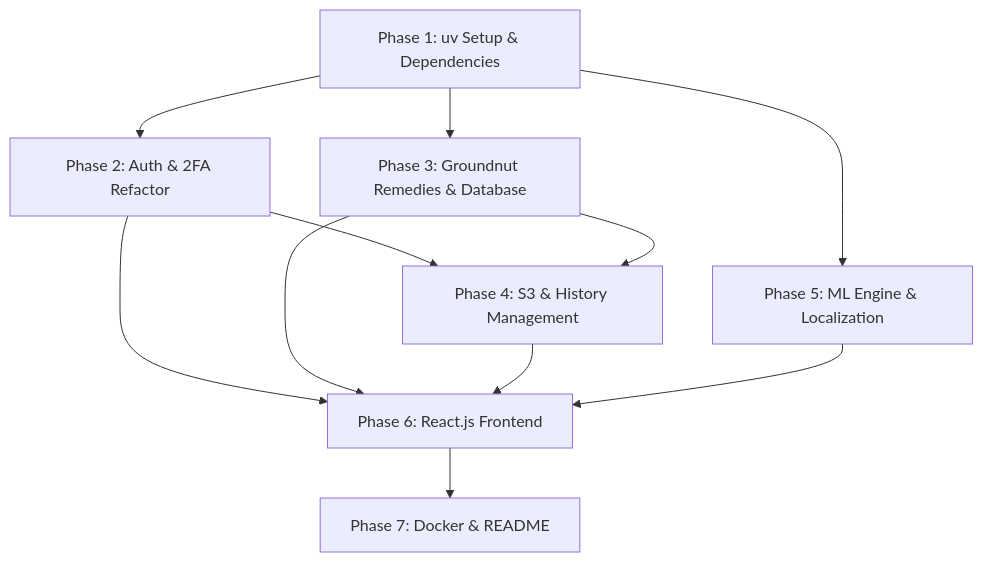
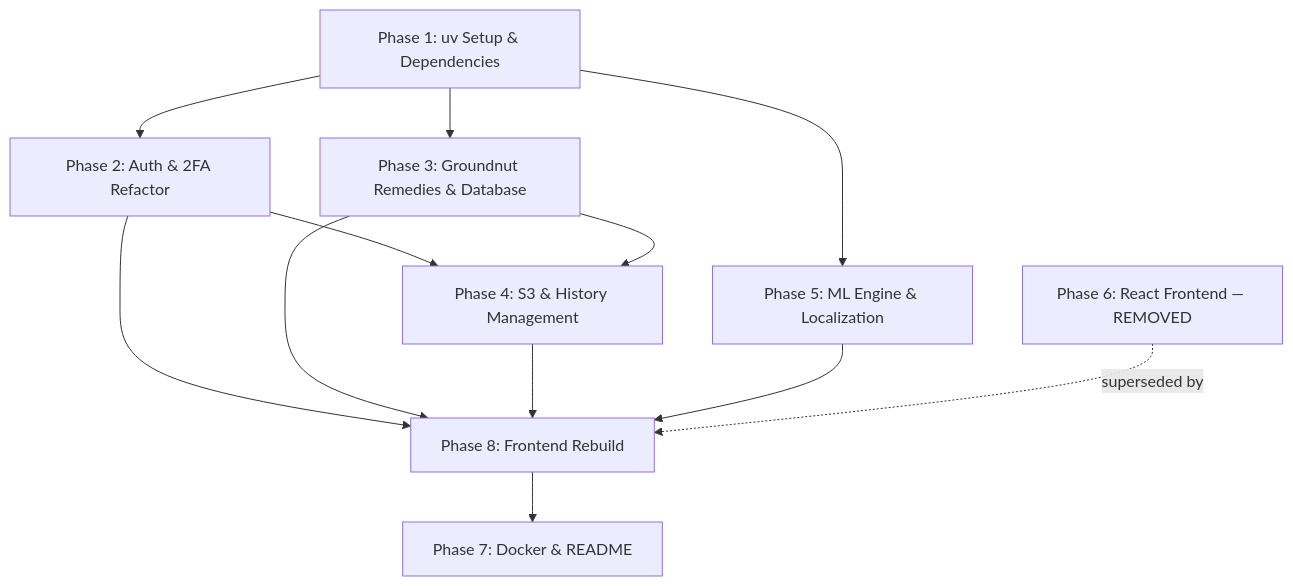
The diagram in Docs/DEVELOPMENT_PLAN.md (D-NithinTeja/Plant-Aid), drawn with Mermaid before and after one commit. The commit also changed other lines of this file and 40 other files, not shown here.

````diff
--- a/Docs/DEVELOPMENT_PLAN.md
+++ b/Docs/DEVELOPMENT_PLAN.md
@@ -542,10 +581,11 @@
 ```mermaid
 graph TD
     T1[Phase 1: uv Setup & Dependencies] --> T2[Phase 2: Auth & 2FA Refactor]
     T1 --> T3[Phase 3: Groundnut Remedies & Database]
     T2 --> T4[Phase 4: S3 & History Management]
     T3 --> T4
     T1 --> T5[Phase 5: ML Engine & Localization]
-    T2 & T3 & T4 & T5 --> T6[Phase 6: React.js Frontend]
-    T6 --> T7[Phase 7: Docker & README]
+    T2 & T3 & T4 & T5 --> T8[Phase 8: Frontend Rebuild]
+    T8 --> T7[Phase 7: Docker & README]
+    T6[Phase 6: React Frontend — REMOVED] -.superseded by.-> T8
 ```
````
